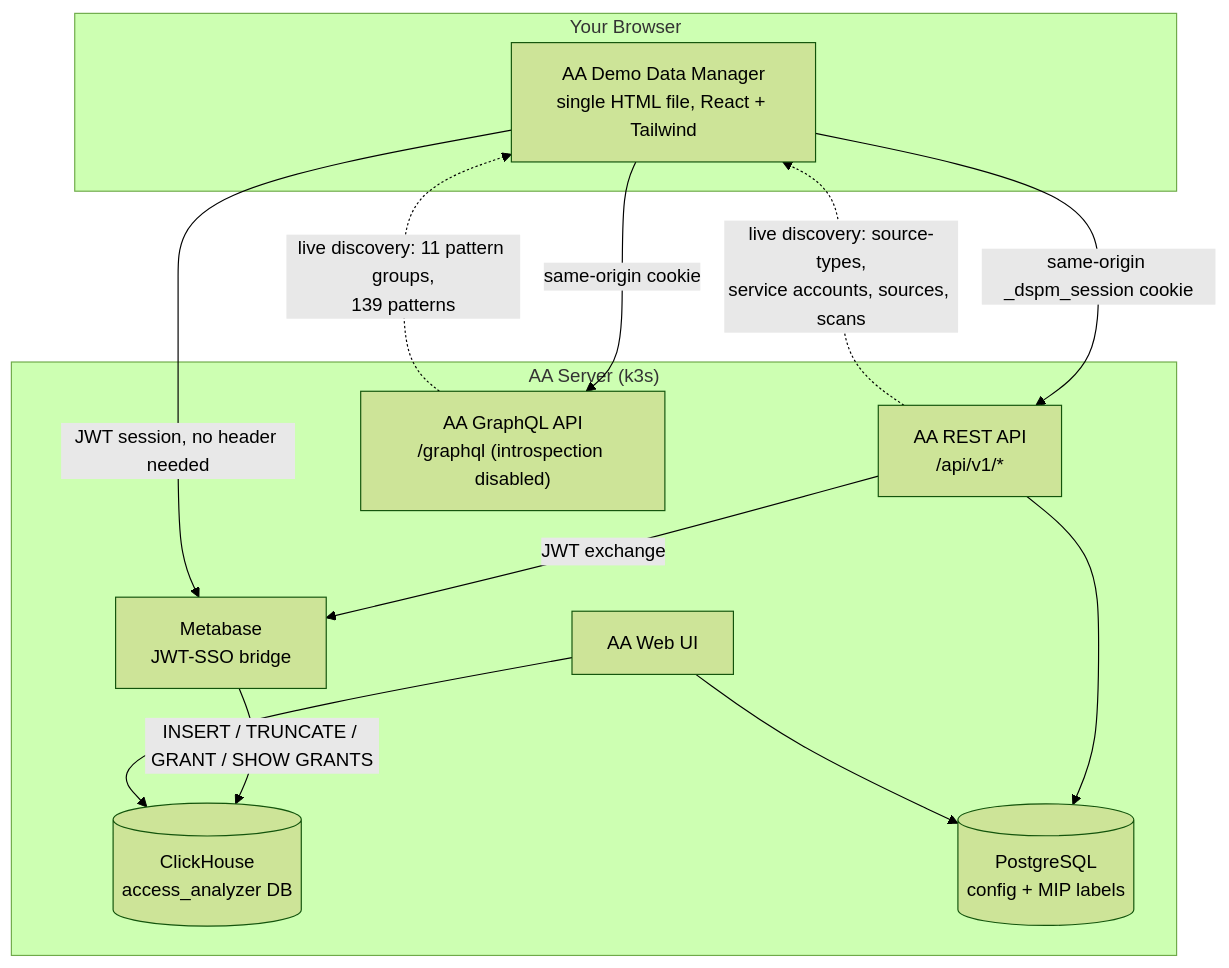
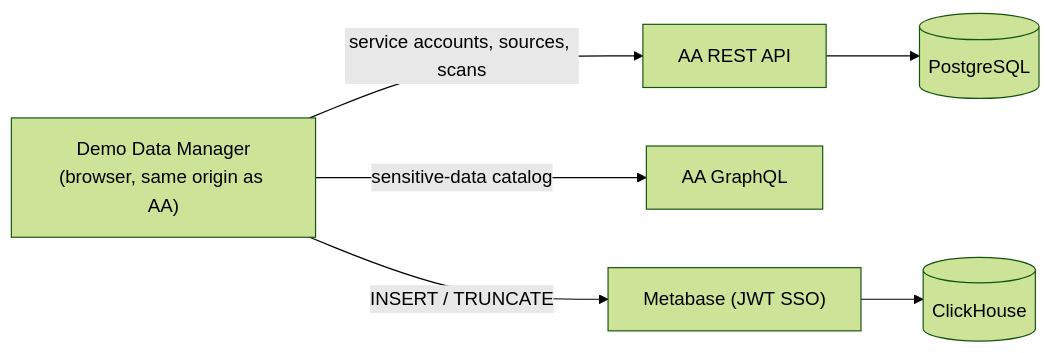
The diagram in README.md (egarlepp/nwxaa_demomanager), drawn with Mermaid (forest theme) before and after one commit. The commit also changed other lines of this file and 20 other files, not shown here.

````diff
--- a/README.md
+++ b/README.md
@@ -37,27 +62,13 @@
 ```mermaid
-flowchart TB
-    subgraph Browser["Your Browser"]
-        DM["AA Demo Data Manager<br/>single HTML file, React + Tailwind"]
-    end
-
-    subgraph AAHost["AA Server (k3s)"]
-        AAUI["AA Web UI"]
-        REST["AA REST API<br/>/api/v1/*"]
-        GQL["AA GraphQL API<br/>/graphql (introspection disabled)"]
-        MB["Metabase<br/>JWT-SSO bridge"]
-        CH[("ClickHouse<br/>access_analyzer DB")]
-        PG[("PostgreSQL<br/>config + MIP labels")]
-    end
-
-    DM -- "same-origin _dspm_session cookie" --> REST
-    DM -- "same-origin cookie" --> GQL
-    REST -- "JWT exchange" --> MB
-    DM -- "JWT session, no header needed" --> MB
-    MB -- "INSERT / TRUNCATE / GRANT / SHOW GRANTS" --> CH
+flowchart LR
+    DM["Demo Data Manager<br/>(browser, same origin as AA)"]
+    REST["AA REST API"]
+    GQL["AA GraphQL"]
+    MB["Metabase (JWT SSO)"]
+    CH[("ClickHouse")]
+    PG[("PostgreSQL")]
+    DM -- "service accounts, sources, scans" --> REST
+    DM -- "sensitive-data catalog" --> GQL
+    DM -- "INSERT / TRUNCATE" --> MB --> CH
     REST --> PG
-    AAUI --> CH
-    AAUI --> PG
-
-    REST -. "live discovery: source-types,<br/>service accounts, sources, scans" .-> DM
-    GQL -. "live discovery: 11 pattern groups,<br/>139 patterns" .-> DM
 ```
````
